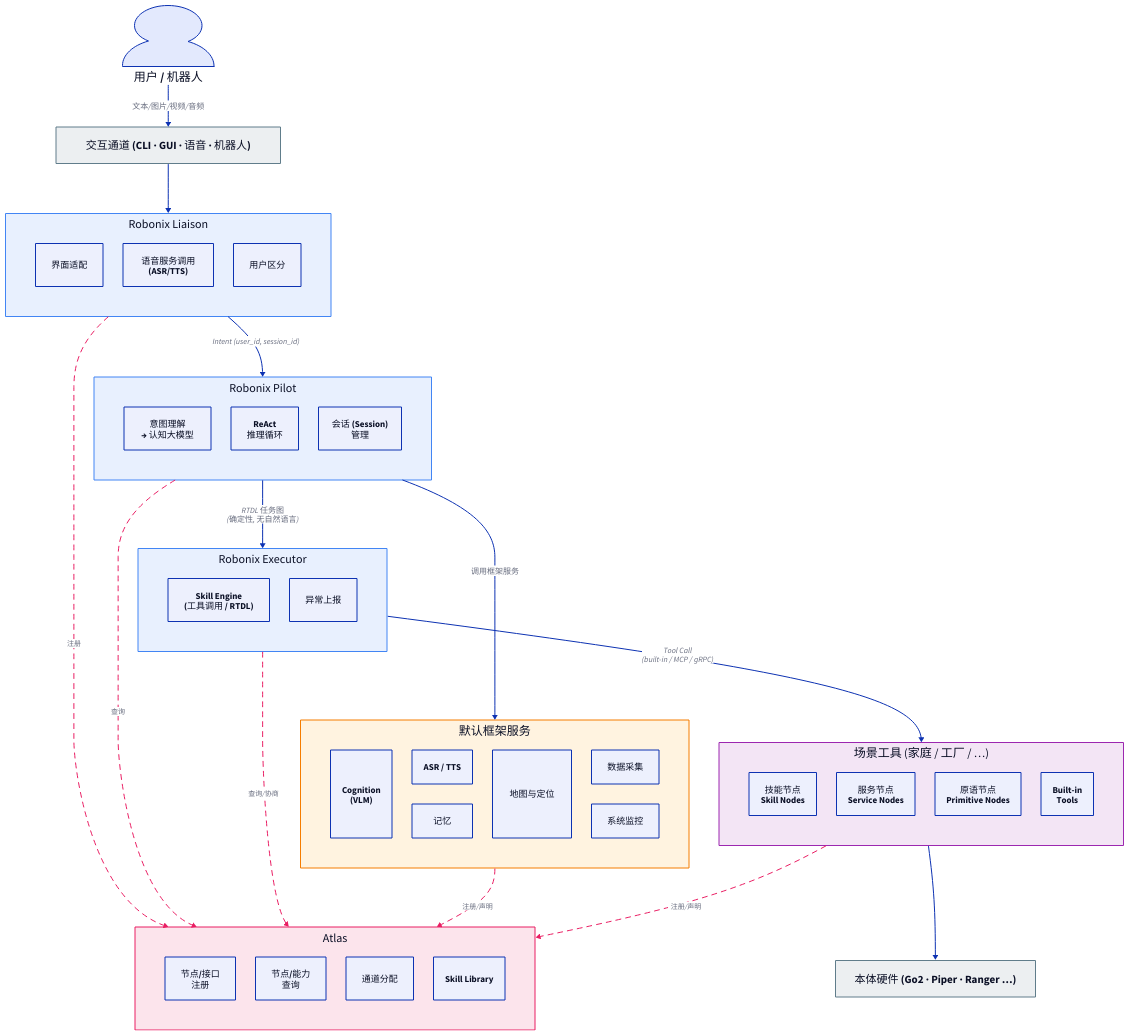
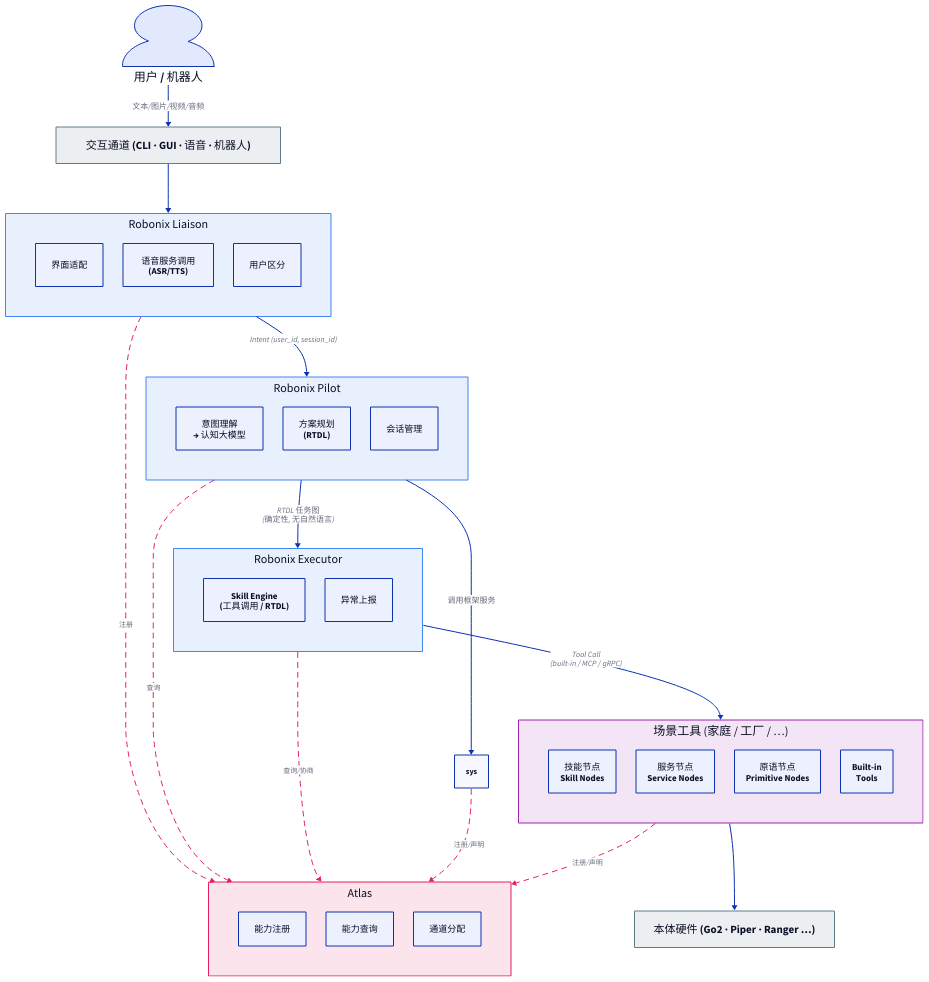
One commit to syswonder/robonix-book changed the diagram in src/architecture/overview-arch.d2. Above: the diagram before and after it, drawn with D2. The commit also changed 36 other files, not shown here.

```diff
--- a/src/architecture/overview-arch.d2
+++ b/src/architecture/overview-arch.d2
@@ -1,118 +1,104 @@
 direction: down
 
 user: 用户 / 机器人 {
   shape: person
   style.font-size: 24
 }
 
 clients: 交互通道 (CLI · GUI · 语音 · 机器人) {
   style.fill: "#ECEFF1"
   style.stroke: "#607D8B"
   style.font-size: 22
 }
 
 liaison: Robonix Liaison {
   style.fill: "#E8F0FE"
   style.stroke: "#4285F4"
   style.font-size: 24
   grid-columns: 3
   a: 界面适配 { style.font-size: 18 }
   b: 语音服务调用\n(ASR/TTS) { style.font-size: 18 }
   c: 用户区分 { style.font-size: 18 }
 }
 
 pilot: Robonix Pilot {
   style.fill: "#E8F0FE"
   style.stroke: "#4285F4"
   style.font-size: 24
   grid-columns: 3
   a: 意图理解\n→ 认知大模型 { style.font-size: 18 }
-  b: ReAct\n推理循环 { style.font-size: 18 }
-  c: 会话 (Session)\n管理 { style.font-size: 18 }
-}
-
-sys: 默认框架服务 {
-  style.fill: "#FFF3E0"
-  style.stroke: "#F57C00"
-  style.font-size: 24
-  grid-columns: 4
-  a: Cognition\n(VLM) { style.font-size: 18 }
-  b: ASR / TTS { style.font-size: 18 }
-  c: 记忆 { style.font-size: 18 }
-  d: 地图与定位 { style.font-size: 18 }
-  e: 数据采集 { style.font-size: 18 }
-  f: 系统监控 { style.font-size: 18 }
+  b: 方案规划\n(RTDL) { style.font-size: 18 }
+  c: 会话管理 { style.font-size: 18 }
 }
 
 executor: Robonix Executor {
   style.fill: "#E8F0FE"
   style.stroke: "#4285F4"
   style.font-size: 24
   grid-columns: 2
   a: Skill Engine\n(工具调用 / RTDL) { style.font-size: 18 }
   b: 异常上报 { style.font-size: 18 }
 }
 
 atlas: Atlas {
   style.fill: "#FCE4EC"
   style.stroke: "#E91E63"
   style.font-size: 24
   grid-columns: 4
-  a: 节点/接口\n注册 { style.font-size: 18 }
-  b: 节点/能力\n查询 { style.font-size: 18 }
+  a: 能力注册 { style.font-size: 18 }
+  b: 能力查询 { style.font-size: 18 }
   c: 通道分配 { style.font-size: 18 }
-  d: Skill Library { style.font-size: 18 }
 }
 
 tools: 场景工具 (家庭 / 工厂 / …) {
   style.fill: "#F3E5F5"
   style.stroke: "#9C27B0"
   style.font-size: 24
   grid-columns: 4
   a: 技能节点\nSkill Nodes { style.font-size: 18 }
   b: 服务节点\nService Nodes { style.font-size: 18 }
   c: 原语节点\nPrimitive Nodes { style.font-size: 18 }
   d: Built-in\nTools { style.font-size: 18 }
 }
 
 hw: 本体硬件 (Go2 · Piper · Ranger …) {
   style.fill: "#ECEFF1"
   style.stroke: "#607D8B"
   style.font-size: 22
 }
 
 # 数据面
 user -> clients: 文本/图片/视频/音频 { style.font-size: 16 }
 clients -> liaison
 liaison -> pilot: Intent (user_id, session_id) { style.font-size: 16 }
 pilot -> sys: 调用框架服务 { style.font-size: 16 }
 pilot -> executor: RTDL 任务图\n(确定性, 无自然语言) { style.font-size: 16 }
 executor -> tools: Tool Call\n(built-in / MCP / gRPC) { style.font-size: 16 }
 tools -> hw
 
 # Atlas 控制面
 liaison -> atlas: 注册 {
   style.stroke-dash: 5
   style.stroke: "#E91E63"
   style.font-size: 14
 }
 pilot -> atlas: 查询 {
   style.stroke-dash: 5
   style.stroke: "#E91E63"
   style.font-size: 14
 }
 executor -> atlas: 查询/协商 {
   style.stroke-dash: 5
   style.stroke: "#E91E63"
   style.font-size: 14
 }
 sys -> atlas: 注册/声明 {
   style.stroke-dash: 5
   style.stroke: "#E91E63"
   style.font-size: 14
 }
 tools -> atlas: 注册/声明 {
   style.stroke-dash: 5
   style.stroke: "#E91E63"
   style.font-size: 14
 }
```
